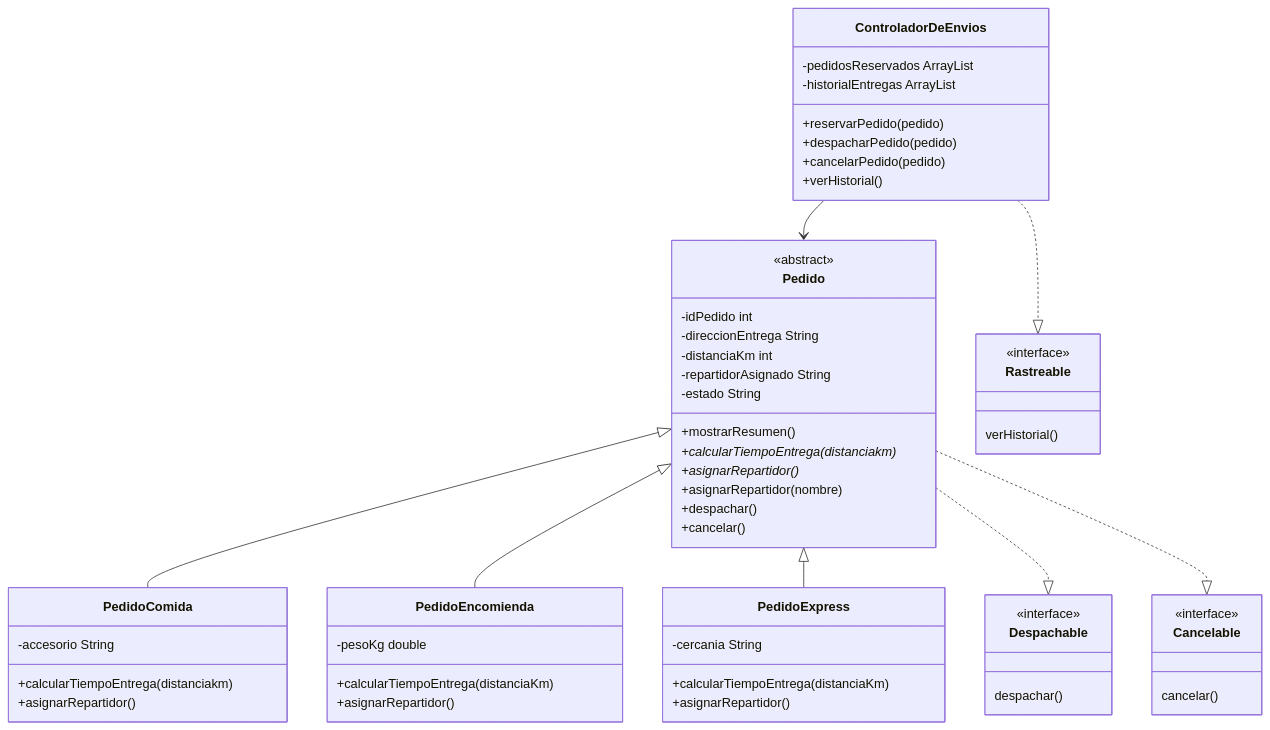
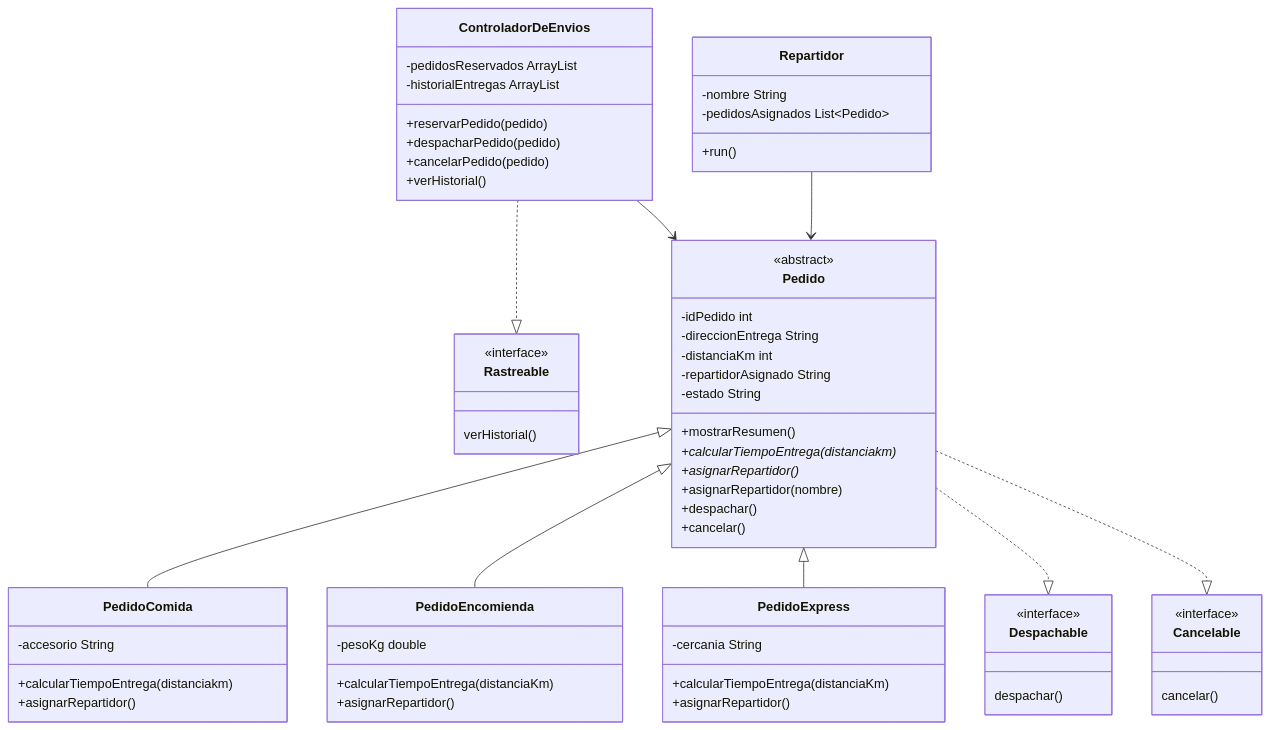
The diagram in README.md (VicenteCastroIb/SpeedFast-Semana8), drawn with Mermaid before and after one commit. The commit also changed other lines of this file and 2 other files, not shown here.

````diff
--- a/README.md
+++ b/README.md
@@ -38,60 +39,67 @@
 ```mermaid
 classDiagram
     class Pedido {
         <<abstract>>
         -idPedido int
         -direccionEntrega String
         -distanciaKm int
         -repartidorAsignado String
         -estado String
         +mostrarResumen()
         +calcularTiempoEntrega(distanciakm)*
         +asignarRepartidor()*
         +asignarRepartidor(nombre)
         +despachar()
         +cancelar()
     }
     class PedidoComida {
         -accesorio String
         +calcularTiempoEntrega(distanciakm)
         +asignarRepartidor()
     }
     class PedidoEncomienda {
         -pesoKg double
         +calcularTiempoEntrega(distanciaKm)
         +asignarRepartidor()
     }
     class PedidoExpress {
         -cercania String
         +calcularTiempoEntrega(distanciaKm)
         +asignarRepartidor()
     }
     class Despachable {
         <<interface>>
         despachar()
     }
     class Cancelable {
         <<interface>>
         cancelar()
     }
     class Rastreable {
         <<interface>>
         verHistorial()
     }
     class ControladorDeEnvios {
         -pedidosReservados ArrayList
         -historialEntregas ArrayList
         +reservarPedido(pedido)
         +despacharPedido(pedido)
         +cancelarPedido(pedido)
         +verHistorial()
     }
 
     Pedido <|-- PedidoComida
     Pedido <|-- PedidoEncomienda
     Pedido <|-- PedidoExpress
     Pedido ..|> Despachable
     Pedido ..|> Cancelable
     ControladorDeEnvios ..|> Rastreable
     ControladorDeEnvios --> Pedido
+
+    class Repartidor {
+        -nombre String
+        -pedidosAsignados List~Pedido~
+        +run()
+    }
+    Repartidor --> Pedido
 ```
````
